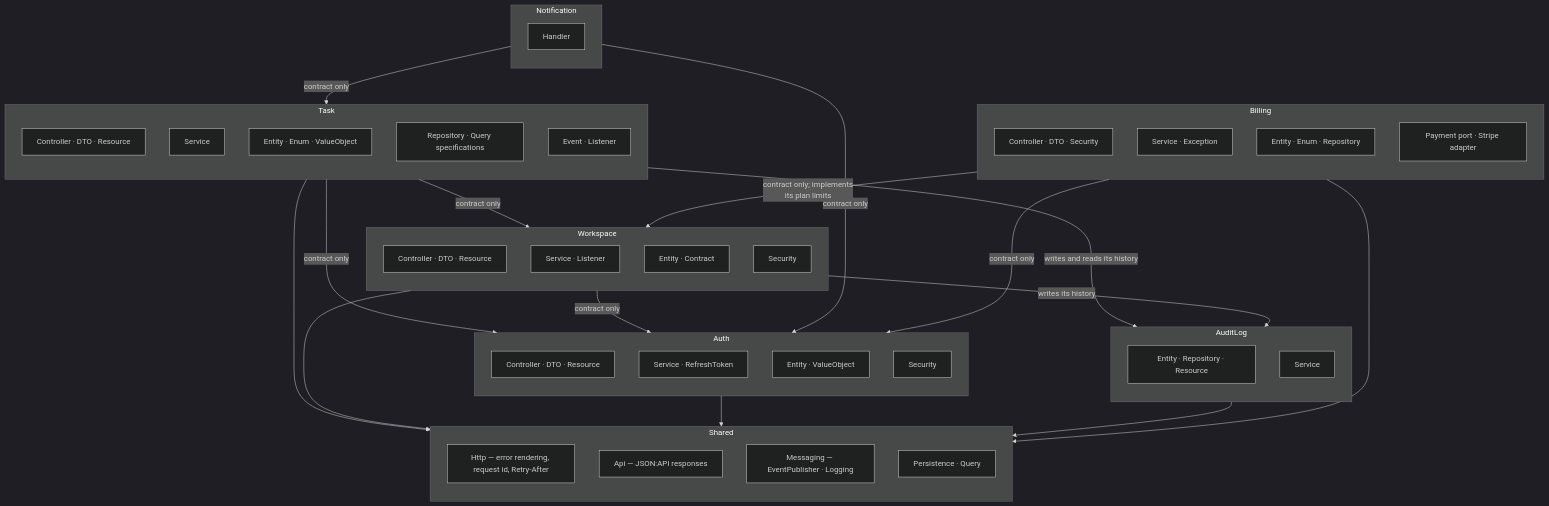
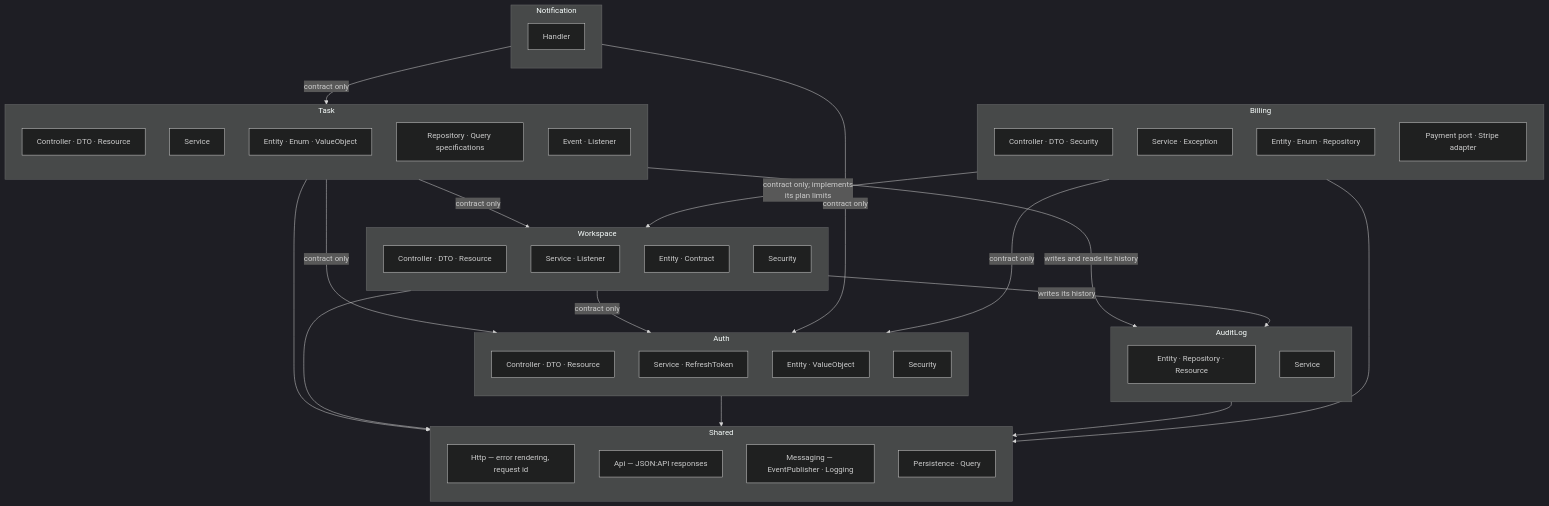
One commit to NikitaSomik/symfony-todo-app changed the third of 6 diagrams in docs/architecture.md. Above: the diagram before and after it, drawn with Mermaid (dark theme). The commit also changed 5 other files, not shown here.

````diff
--- a/docs/architecture.md
+++ b/docs/architecture.md
@@ -84,69 +84,69 @@
 ```mermaid
 flowchart TB
     subgraph Task
         direction TB
         t1[Controller · DTO · Resource]
         t2[Service]
         t3[Entity · Enum · ValueObject]
         t4[Repository · Query specifications]
         t5[Event · Listener]
     end
 
     subgraph Auth
         direction TB
         a1[Controller · DTO · Resource]
         a2[Service · RefreshToken]
         a3[Entity · ValueObject]
         a4[Security]
     end
 
     subgraph Workspace
         direction TB
         w1[Controller · DTO · Resource]
         w2[Service · Listener]
         w3[Entity · Contract]
         w4[Security]
     end
 
     subgraph AuditLog
         direction TB
         l1[Entity · Repository · Resource]
         l2[Service]
     end
 
     subgraph Notification
         direction TB
         n1[Handler]
     end
 
     subgraph Billing
         direction TB
         b1[Controller · DTO · Security]
         b2[Service · Exception]
         b3[Entity · Enum · Repository]
         b4[Payment port · Stripe adapter]
     end
 
     subgraph Shared
         direction TB
-        s1[Http — error rendering, request id, Retry-After]
+        s1[Http — error rendering, request id]
         s2[Api — JSON:API responses]
         s3[Messaging — EventPublisher · Logging]
         s4[Persistence · Query]
     end
 
     Task -->|contract only| Auth
     Task -->|contract only| Workspace
     Task -->|writes and reads its history| AuditLog
     Workspace -->|contract only| Auth
     Workspace -->|writes its history| AuditLog
     Notification -->|contract only| Task
     Notification -->|contract only| Auth
     Billing -->|contract only; implements<br/>its plan limits| Workspace
     Billing -->|contract only| Auth
     Task --> Shared
     Workspace --> Shared
     Auth --> Shared
     AuditLog --> Shared
     Billing --> Shared
 ```
````
